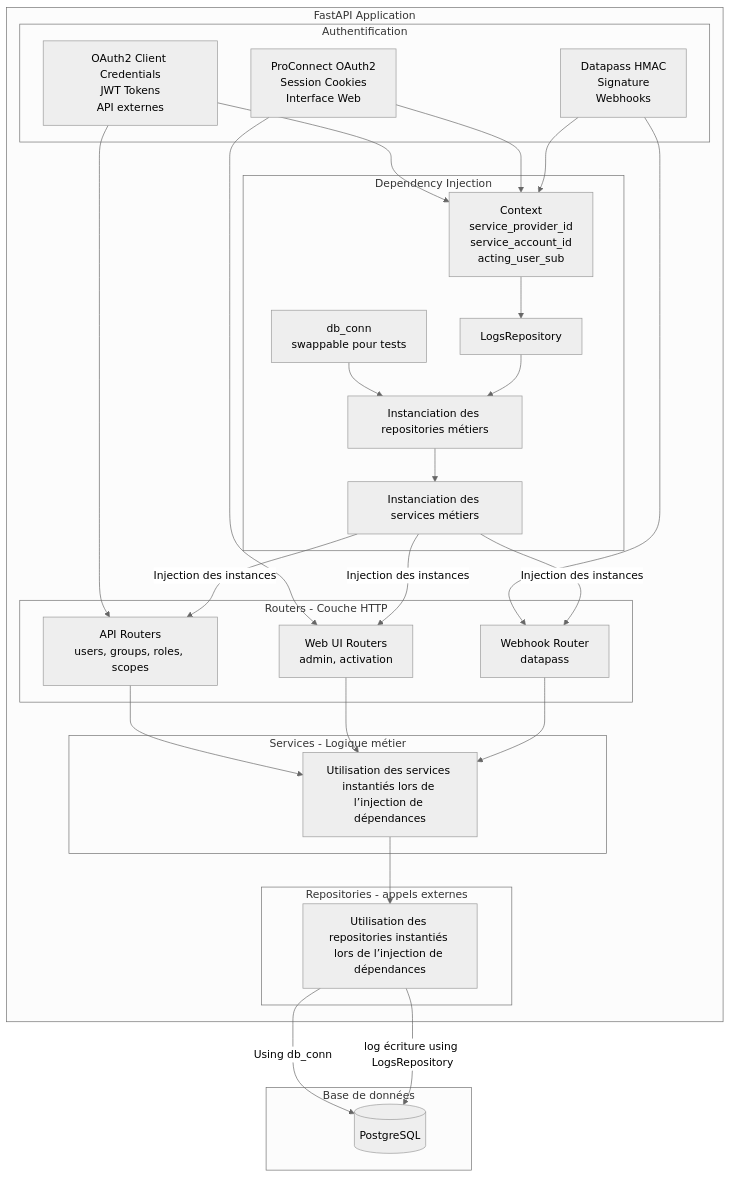
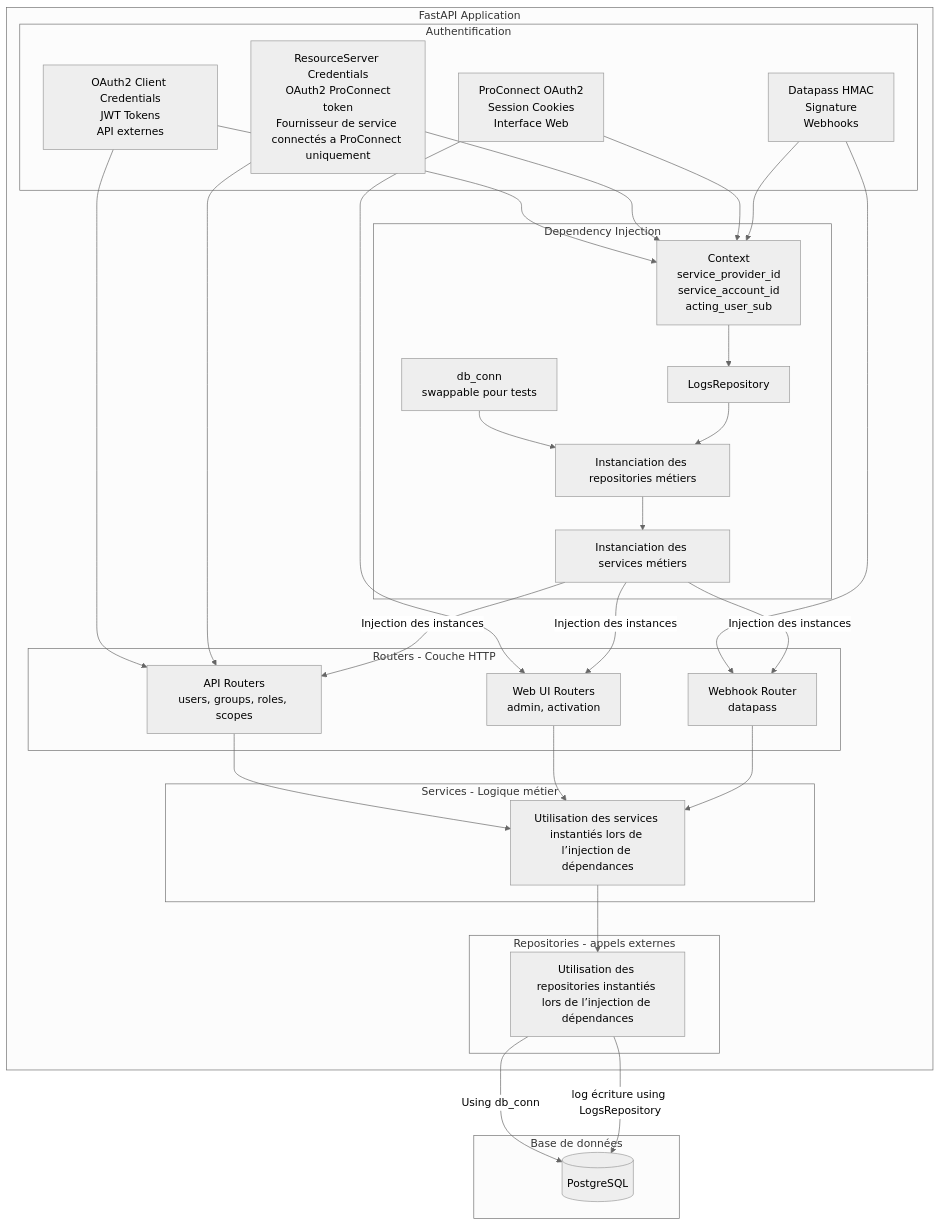
The third of 3 diagrams in README.md (datagouv/roles.data), drawn with Mermaid (neutral theme) before and after one commit.

````diff
--- a/README.md
+++ b/README.md
@@ -314,57 +314,60 @@
 ```mermaid
 graph TB
     subgraph "FastAPI Application"
         subgraph "Authentification"
+            RSAuth[ResourceServer Credentials<br/> OAuth2 ProConnect token<br/>Fournisseur de service connectés a ProConnect uniquement]
             OAuth[OAuth2 Client Credentials<br/>JWT Tokens<br/>API externes]
             PCAuth[ProConnect OAuth2<br/>Session Cookies<br/>Interface Web]
             DPAuth[Datapass HMAC<br/>Signature<br/>Webhooks]
         end
 
         subgraph "Routers - Couche HTTP"
             RAPI[API Routers<br/>users, groups, roles, scopes]
             RWebhook[Webhook Router<br/>datapass]
             RWebUI[Web UI Routers<br/>admin, activation]
         end
 
         subgraph "Dependency Injection"
             CTX[Context<br/>service_provider_id<br/>service_account_id<br/>acting_user_sub]
             DBConn[db_conn<br/>swappable pour tests]
             Logger[LogsRepository]
             Repositories[Instanciation des repositories métiers]
             Services[Instanciation des services métiers]
         end
 
 
         subgraph "Services - Logique métier"
             ServicesMetiers[Utilisation des services instantiés lors de l’injection de dépendances]
         end
 
         subgraph "Repositories - appels externes"
             RepositoriesMetiers[Utilisation des repositories instantiés lors de l’injection de dépendances]
              end
     end
 
     subgraph "Base de données"
         DB[(PostgreSQL)]
     end
 
     OAuth -->CTX
+    RSAuth -->CTX
     PCAuth -->CTX
     DPAuth -->CTX
 
     OAuth-->RAPI
+    RSAuth-->RAPI
     PCAuth-->RWebUI
     DPAuth-->RWebhook
 
     CTX --> Logger
     DBConn --> Repositories
     Logger--> Repositories
     Repositories --> Services
     Services -->|Injection des instances| RAPI & RWebUI & RWebhook
 
     RAPI & RWebUI & RWebhook --> ServicesMetiers
     ServicesMetiers --> RepositoriesMetiers
 
     RepositoriesMetiers -->|Using db_conn| DB
     RepositoriesMetiers-->|log écriture using LogsRepository| DB
 ```
````
